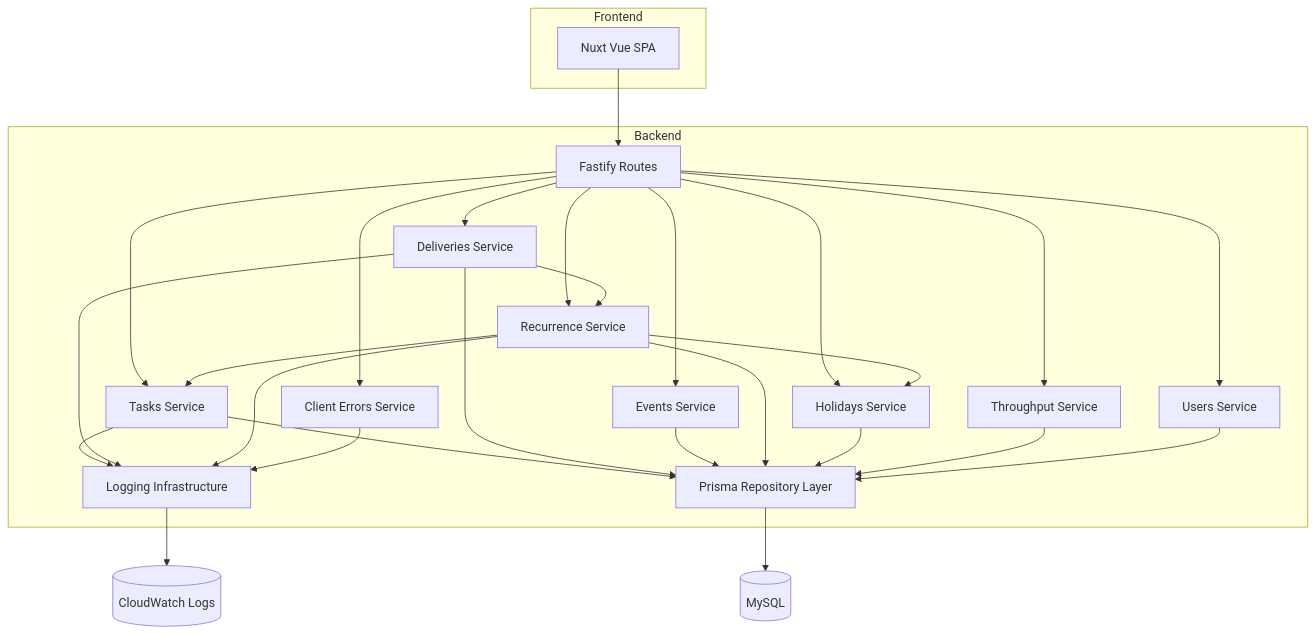
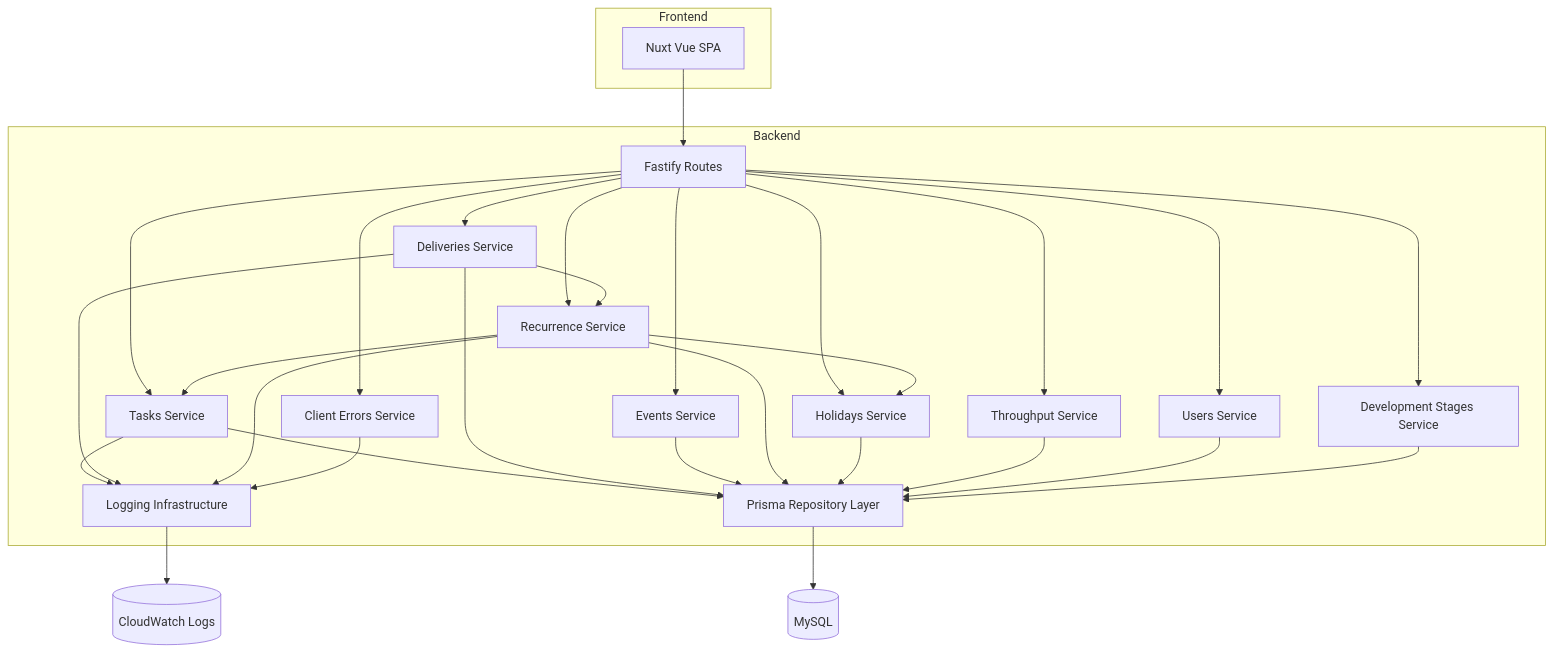
One commit to karasaki-wasabi/project-task-management changed the first of 4 diagrams in .kiro/specs/task-delivery-management/design.md. Above: the diagram before and after it, drawn with Mermaid. The commit also changed other lines of this file and 7 other files, not shown here.

First line of the commit message:
ダッシュボード・カンバン機能の要件定義からPrisma schema拡張まで実装する

````diff
--- a/.kiro/specs/task-delivery-management/design.md
+++ b/.kiro/specs/task-delivery-management/design.md
@@ -69,47 +76,50 @@
 ```mermaid
 graph TB
     subgraph Frontend
         SPA[Nuxt Vue SPA]
     end
     subgraph Backend
         ApiRoutes[Fastify Routes]
         TasksService[Tasks Service]
         DeliveriesService[Deliveries Service]
         EventsService[Events Service]
         RecurrenceService[Recurrence Service]
         HolidaysService[Holidays Service]
         ThroughputService[Throughput Service]
         UsersService[Users Service]
+        DevelopmentStagesService[Development Stages Service]
         ClientErrorsService[Client Errors Service]
         Logging[Logging Infrastructure]
         Repository[Prisma Repository Layer]
     end
     DB[(MySQL)]
     CloudWatch[(CloudWatch Logs)]
 
     SPA --> ApiRoutes
     ApiRoutes --> TasksService
     ApiRoutes --> DeliveriesService
     ApiRoutes --> EventsService
     ApiRoutes --> RecurrenceService
     ApiRoutes --> HolidaysService
     ApiRoutes --> ThroughputService
     ApiRoutes --> UsersService
+    ApiRoutes --> DevelopmentStagesService
     ApiRoutes --> ClientErrorsService
     TasksService --> Logging
     DeliveriesService --> Logging
     RecurrenceService --> Logging
     ClientErrorsService --> Logging
     Logging --> CloudWatch
     TasksService --> Repository
     DeliveriesService --> Repository
     EventsService --> Repository
     RecurrenceService --> Repository
     RecurrenceService --> TasksService
     RecurrenceService --> HolidaysService
     HolidaysService --> Repository
     DeliveriesService --> RecurrenceService
     ThroughputService --> Repository
     UsersService --> Repository
+    DevelopmentStagesService --> Repository
     Repository --> DB
 ```
````
